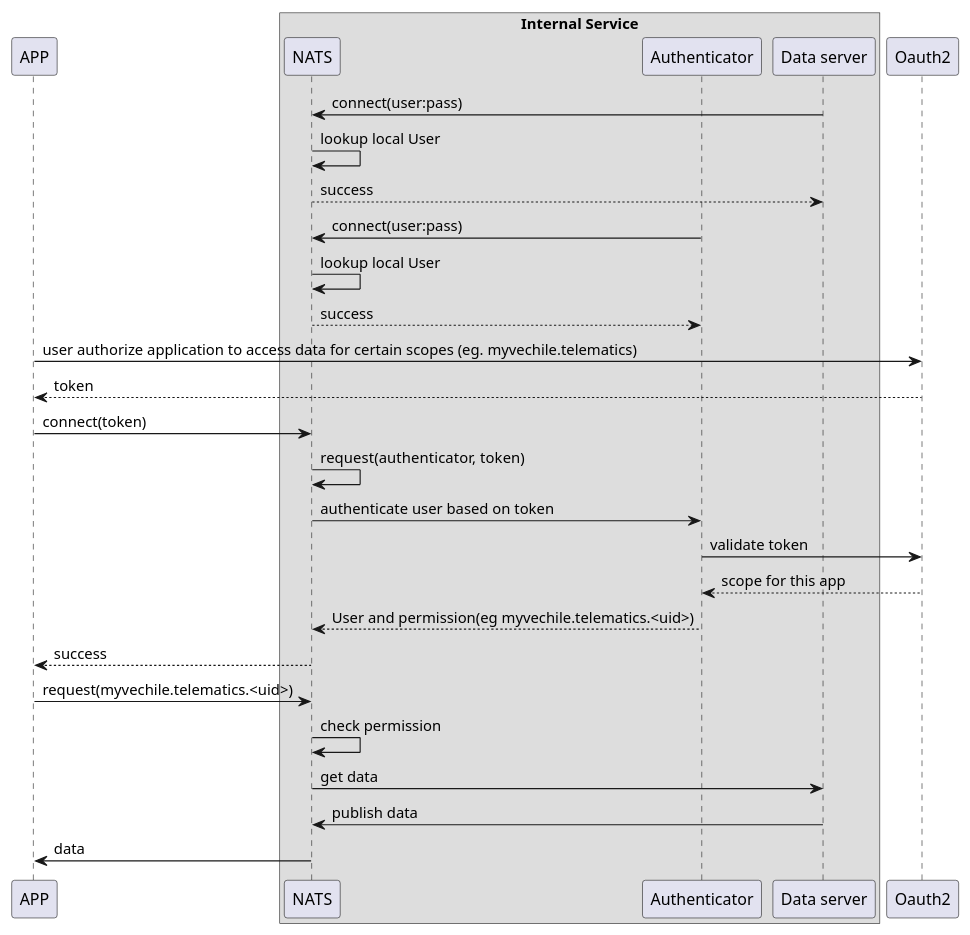
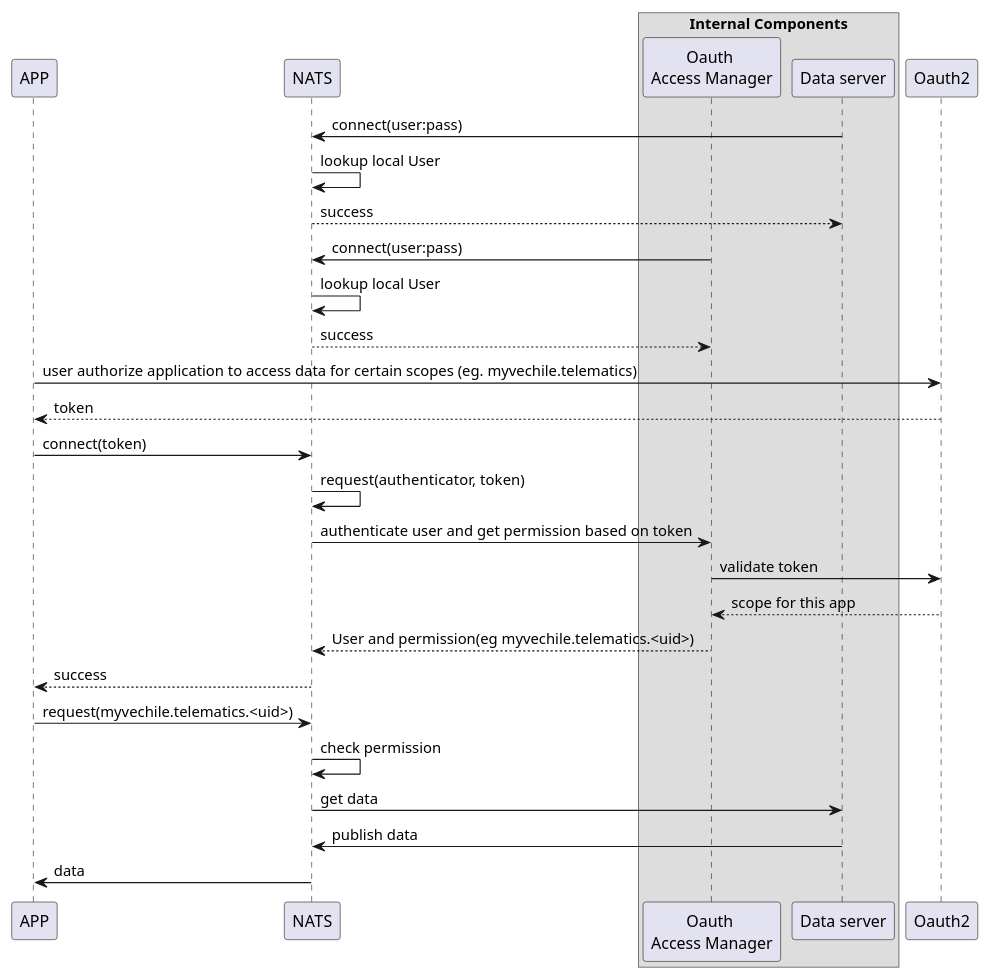
One commit to nats-io/nats-server changed the diagram in docs/UML/authorization.puml. Above: the diagram before and after it, drawn with PlantUML.

Commit message:
Update some description

```diff
--- a/docs/UML/authorization.puml
+++ b/docs/UML/authorization.puml
@@ -1,32 +1,32 @@
 @startuml
 participant "APP" as app
-box "Internal Service"
 participant "NATS" as  nats
-participant "Authenticator" as ar
+box "Internal Components"
+participant "Oauth \nAccess Manager" as ar
 participant "Data server" as ds
 end box
 participant "Oauth2" as oauth
 
 ds-> nats : connect(user:pass)
 nats->nats: lookup local User
 nats-->ds: success
 ar-> nats : connect(user:pass)
 nats->nats: lookup local User
 nats-->ar: success
 app -> oauth : user authorize application to access data for certain scopes (eg. myvechile.telematics)
 oauth-->app: token
 app->nats : connect(token)
 nats->nats: request(authenticator, token)
-nats->ar : authenticate user based on token
+nats->ar : authenticate user and get permission based on token
 ar->oauth:validate token
 oauth-->ar: scope for this app
 ar-->nats:User and permission(eg myvechile.telematics.<uid>)
 nats-->app: success
 
 app->nats: request(myvechile.telematics.<uid>)
 nats->nats: check permission
 nats->ds: get data
 ds->nats: publish data
 nats->app: data
 
 @enduml
```
